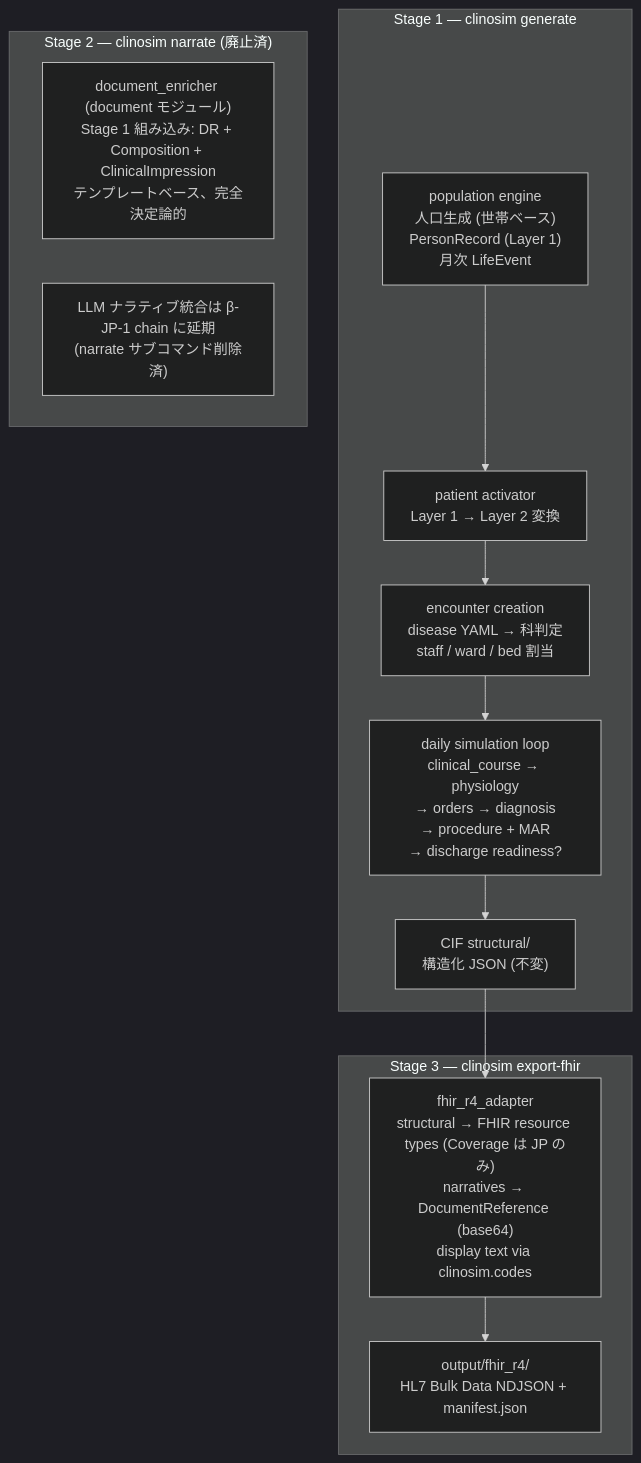
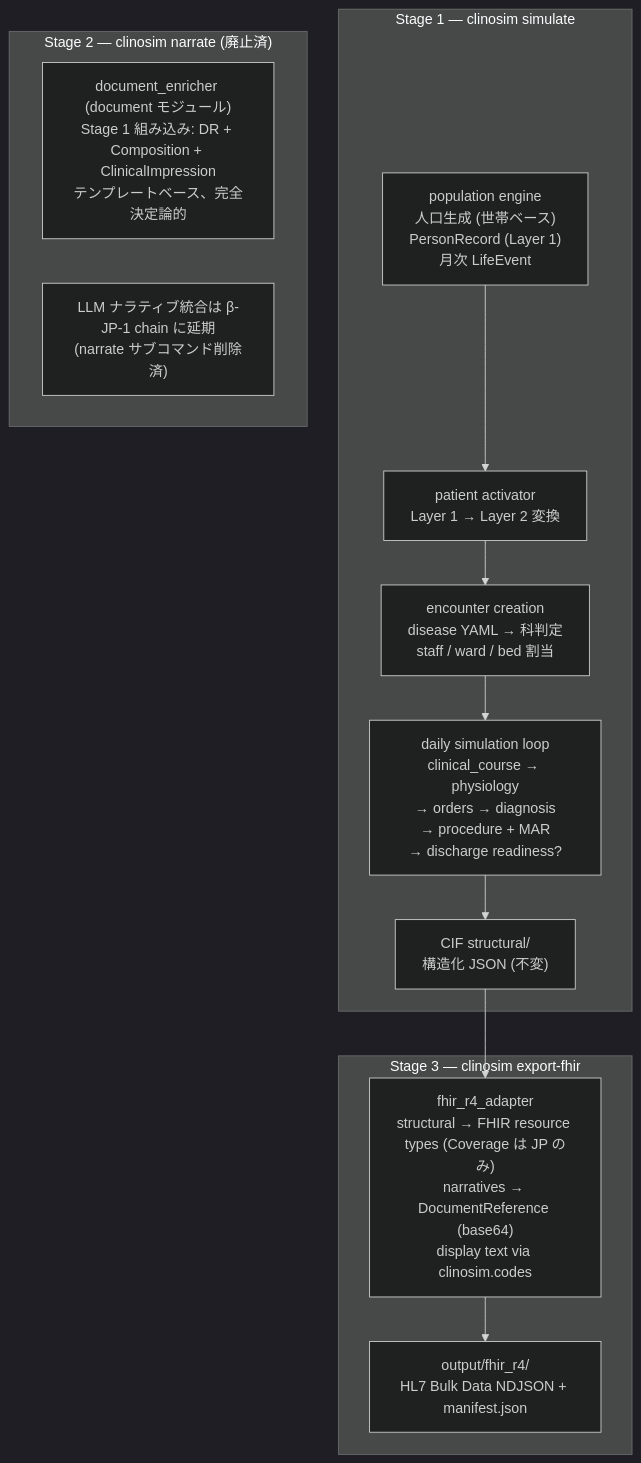
The first of 2 diagrams in README.ja.md (TomoOkuyama/clinosim), drawn with Mermaid (dark theme) before and after one commit. The commit also changed other lines of this file and 8 other files, not shown here.

````diff
--- a/README.ja.md
+++ b/README.ja.md
@@ -348,24 +348,24 @@
 ```mermaid
 flowchart TD
-    subgraph stage1["Stage 1 — clinosim generate"]
+    subgraph stage1["Stage 1 — clinosim simulate"]
         pop["population engine<br/>人口生成 (世帯ベース)<br/>PersonRecord (Layer 1)<br/>月次 LifeEvent"]
         act["patient activator<br/>Layer 1 → Layer 2 変換"]
         enc["encounter creation<br/>disease YAML → 科判定<br/>staff / ward / bed 割当"]
         loop["daily simulation loop<br/>clinical_course → physiology<br/>→ orders → diagnosis<br/>→ procedure + MAR<br/>→ discharge readiness?"]
         cif_s["CIF structural/<br/>構造化 JSON (不変)"]
         pop --> act --> enc --> loop --> cif_s
     end
 
     subgraph stage2["Stage 2 — clinosim narrate (廃止済)"]
         gen2["document_enricher (document モジュール)<br/>Stage 1 組み込み: DR + Composition + ClinicalImpression<br/>テンプレートベース、完全決定論的"]
         llm2["LLM ナラティブ統合は β-JP-1 chain に延期<br/>(narrate サブコマンド削除済)"]
     end
 
     subgraph stage3["Stage 3 — clinosim export-fhir"]
         adapter["fhir_r4_adapter<br/>structural → FHIR resource types (Coverage は JP のみ)<br/>narratives → DocumentReference (base64)<br/>display text via clinosim.codes"]
         fhir["output/fhir_r4/<br/>HL7 Bulk Data NDJSON + manifest.json"]
         adapter --> fhir
     end
 
     cif_s --> adapter
 ```
````
